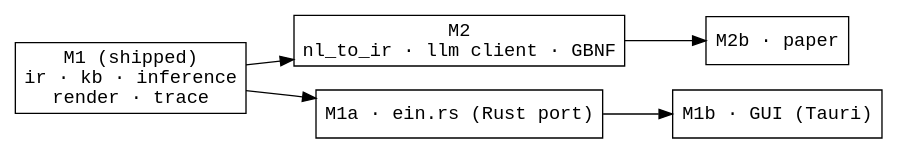
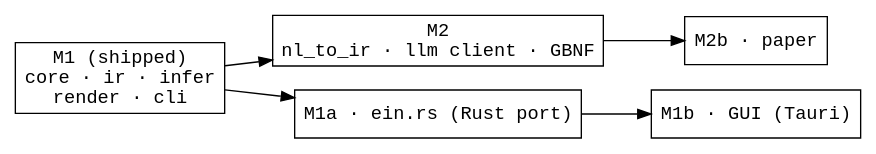
The third of 3 diagrams in docs/kernel/architecture.md (agutikov/ein), drawn with Graphviz before and after one commit. The commit also changed other lines of this file and 75 other files, not shown here.

````diff
--- a/docs/kernel/architecture.md
+++ b/docs/kernel/architecture.md
@@ -78,12 +93,12 @@
 ```dot
 digraph milestones {
   rankdir=LR; node [shape=box, fontname="monospace"];
-  M1 [label="M1 (shipped)\nir · kb · inference\nrender · trace"];
+  M1 [label="M1 (shipped)\ncore · ir · infer\nrender · cli"];
   M2 [label="M2\nnl_to_ir · llm client · GBNF"];
   M1 -> M2;
   M1a [label="M1a · ein.rs (Rust port)"];
   M1b [label="M1b · GUI (Tauri)"];
   M2b [label="M2b · paper"];
   M1 -> M1a -> M1b; M2 -> M2b;
 }
 ```
````
